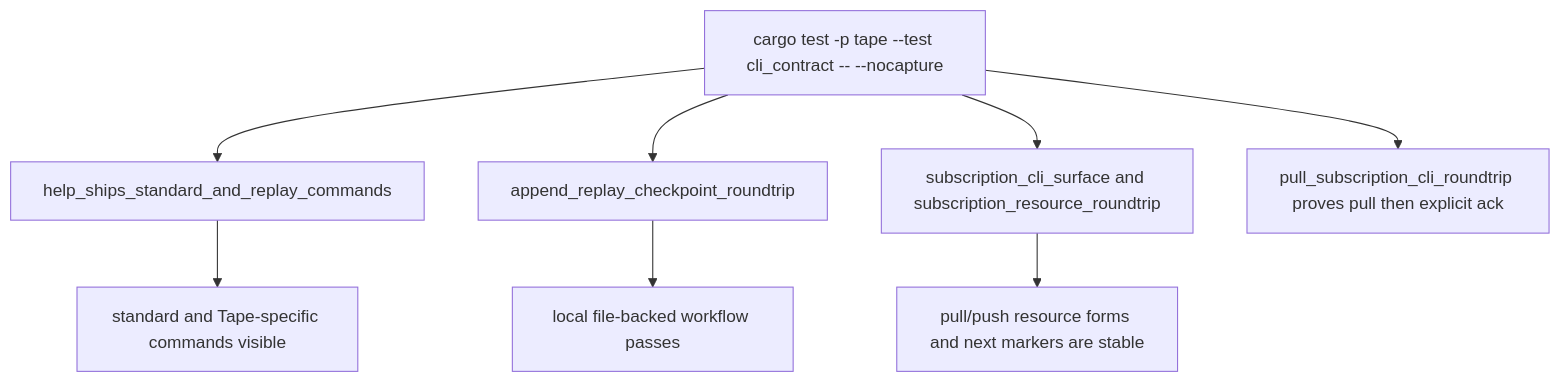
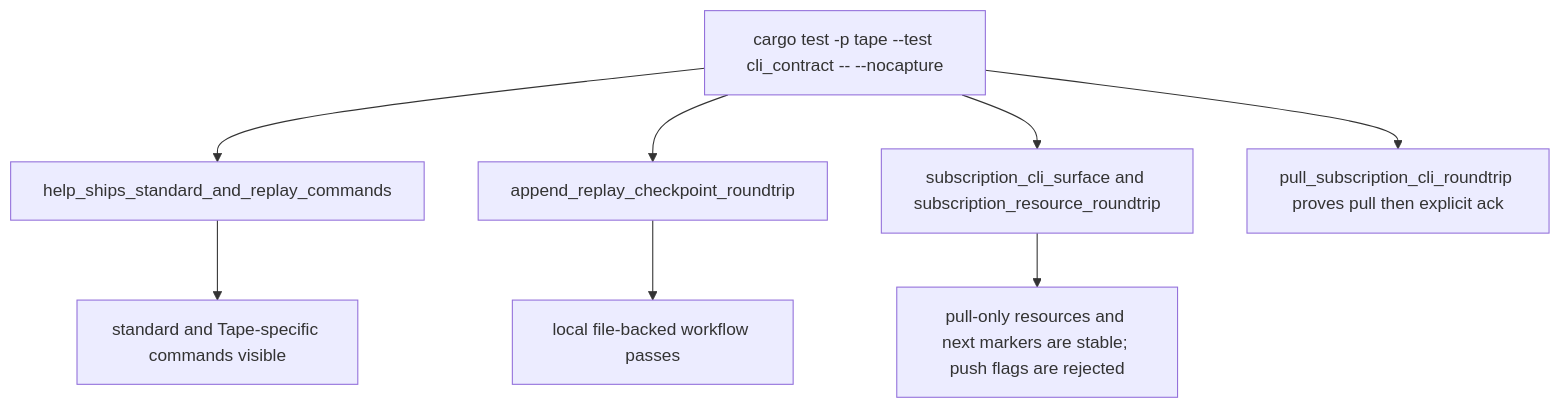
One commit to chrischeng-c4/axiom changed the second of 2 diagrams in apps/tape/tech-design/semantic/source/apps-tape-src-bin-tape-rs.md. Above: the diagram before and after it, drawn with Mermaid. The commit also changed other lines of this file and 297 other files, not shown here.

````diff
--- a/apps/tape/tech-design/semantic/source/apps-tape-src-bin-tape-rs.md
+++ b/apps/tape/tech-design/semantic/source/apps-tape-src-bin-tape-rs.md
@@ -71,13 +70,13 @@
 ```mermaid
 ---
 id: tape-td-flow
 ---
 flowchart TD
     test["cargo test -p tape --test cli_contract -- --nocapture"] --> help["help_ships_standard_and_replay_commands"]
     test --> roundtrip["append_replay_checkpoint_roundtrip"]
     test --> subscriptiontest["subscription_cli_surface and subscription_resource_roundtrip"]
     help --> surface["standard and Tape-specific commands visible"]
     roundtrip --> workflow["local file-backed workflow passes"]
-    subscriptiontest --> subscriptionproof["pull/push resource forms and next markers are stable"]
+    subscriptiontest --> subscriptionproof["pull-only resources and next markers are stable; push flags are rejected"]
     test --> pullack["pull_subscription_cli_roundtrip proves pull then explicit ack"]
 ```
````
